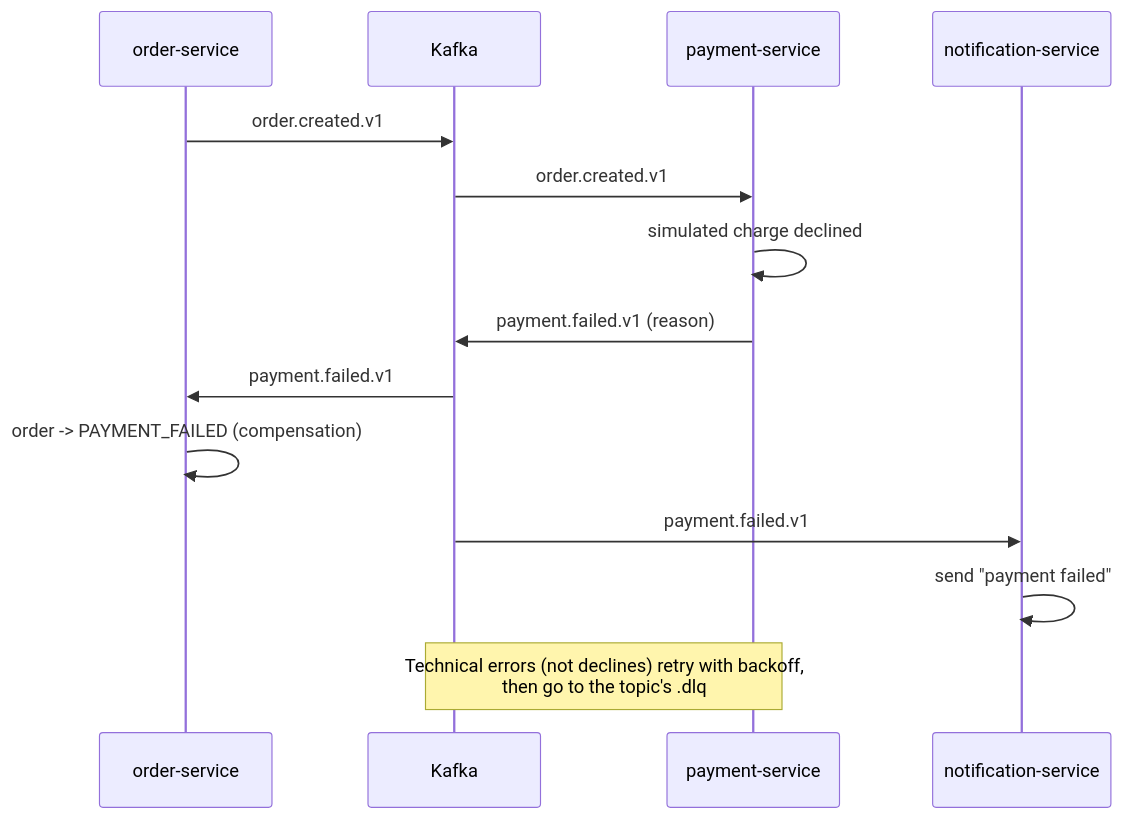
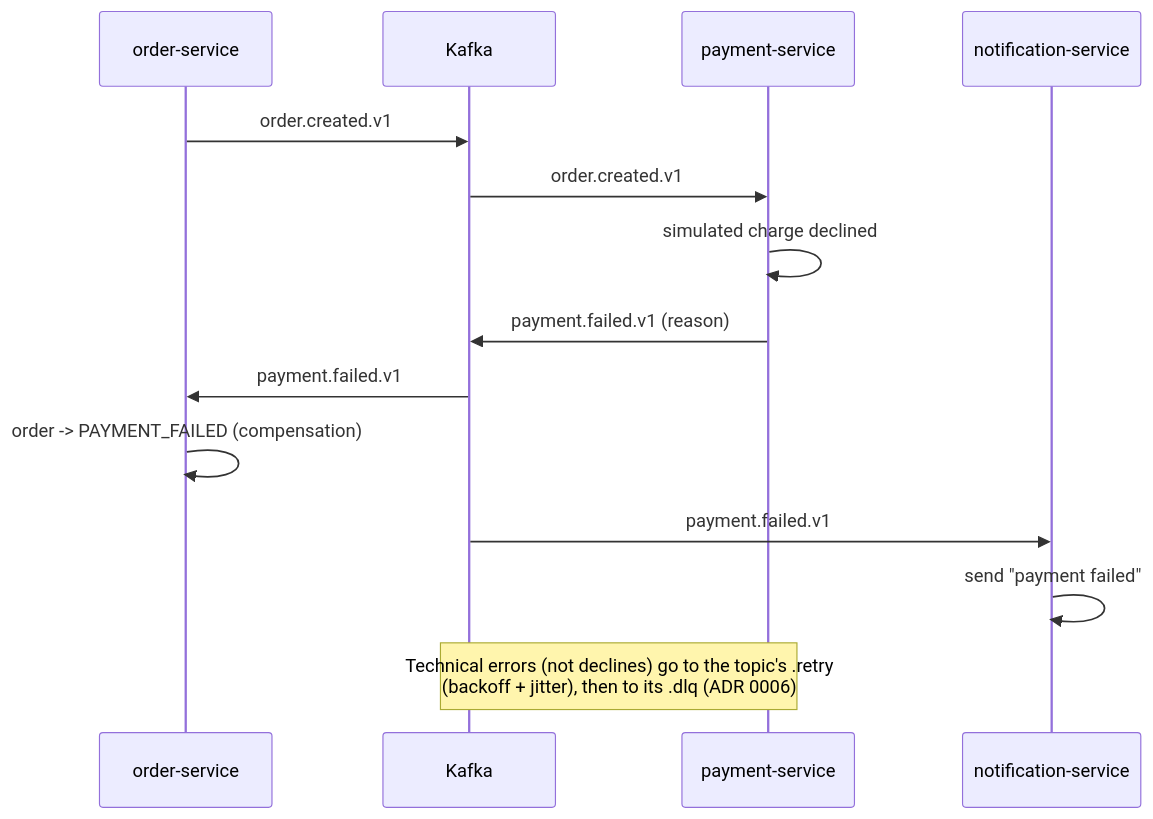
Before and after one commit to IamBishal29/shopflow-microservices: the third of 3 diagrams in docs/ARCHITECTURE.md, drawn with Mermaid. The commit also changed other lines of this file and 2 other files, not shown here.

Commit message:
docs: ADR 0006 retry topics and DLQ, learning note on retries

````diff
--- a/docs/ARCHITECTURE.md
+++ b/docs/ARCHITECTURE.md
@@ -53,16 +53,16 @@
 ```mermaid
 sequenceDiagram
   participant O as order-service
   participant K as Kafka
   participant P as payment-service
   participant N as notification-service
   O->>K: order.created.v1
   K->>P: order.created.v1
   P->>P: simulated charge declined
   P->>K: payment.failed.v1 (reason)
   K->>O: payment.failed.v1
   O->>O: order -> PAYMENT_FAILED (compensation)
   K->>N: payment.failed.v1
   N->>N: send "payment failed"
-  Note over P,K: Technical errors (not declines) retry with backoff,<br/>then go to the topic's .dlq
+  Note over P,K: Technical errors (not declines) go to the topic's .retry<br/>(backoff + jitter), then to its .dlq (ADR 0006)
 ```
````
